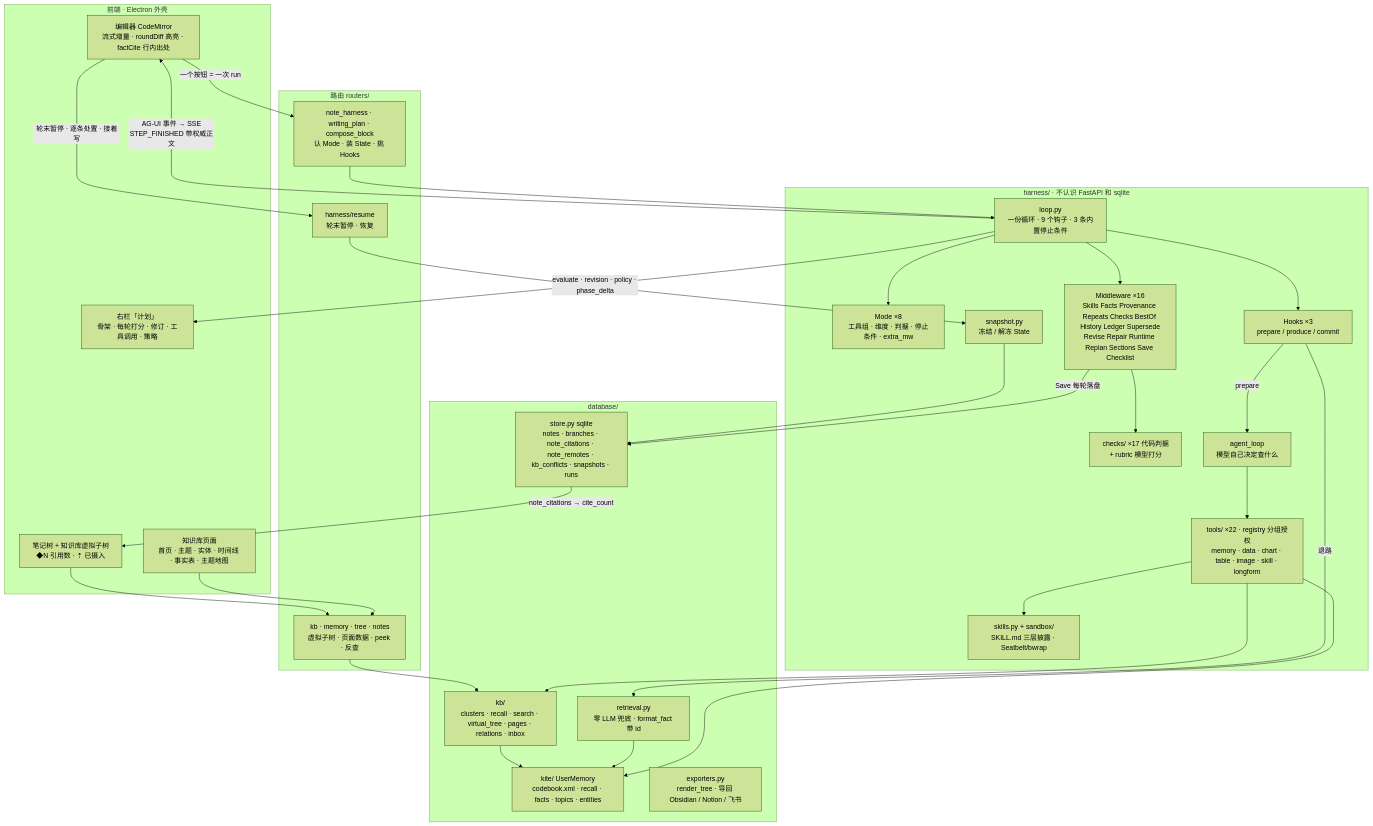
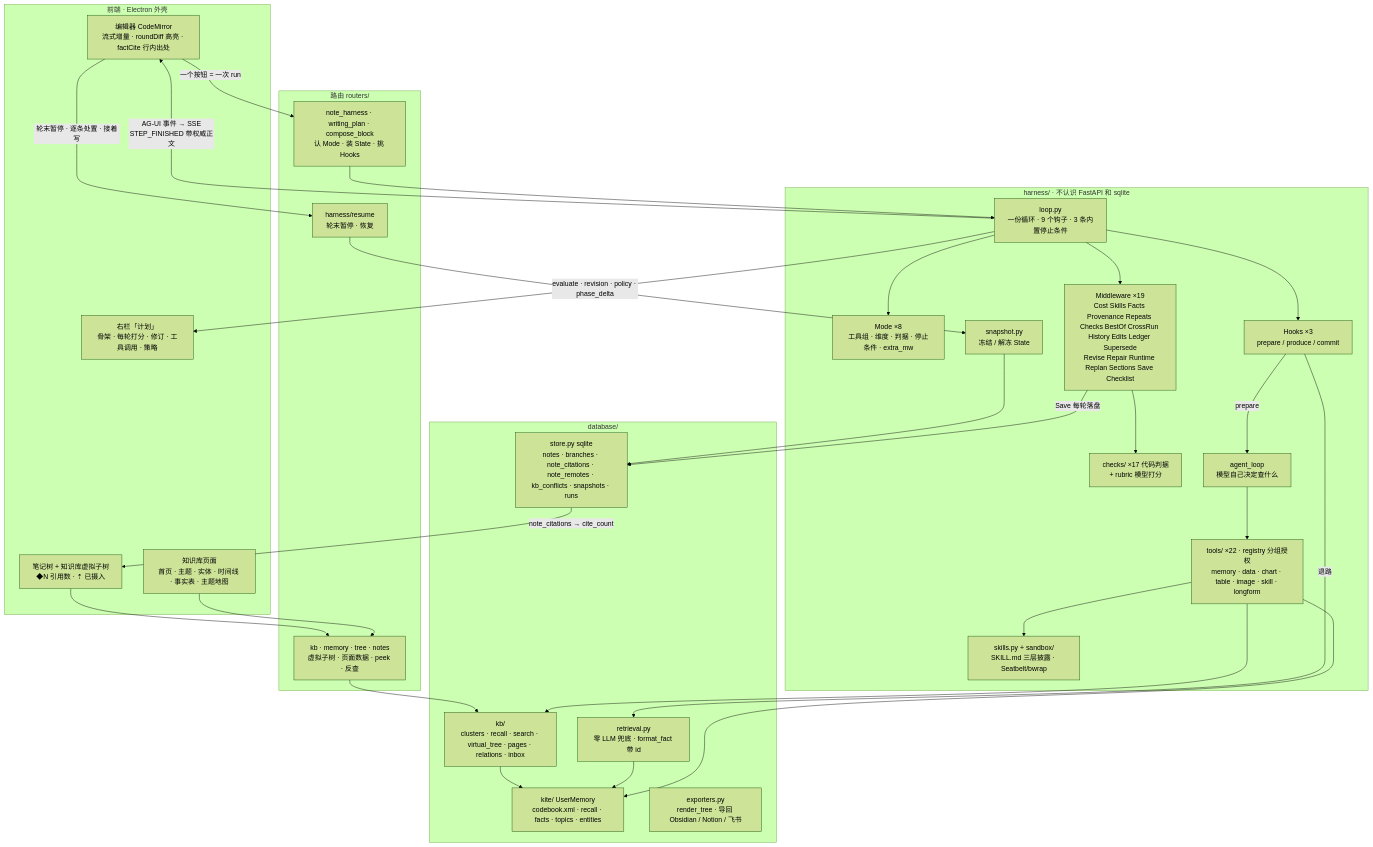
One commit to huilongbaba/MEMOKET_NOTE changed the diagram in docs/harness-framework.md. Above: the diagram before and after it, drawn with Mermaid (forest theme). The commit also changed other lines of this file and 27 other files, not shown here.

````diff
--- a/docs/harness-framework.md
+++ b/docs/harness-framework.md
@@ -41,60 +41,60 @@
 ```mermaid
 flowchart TB
   subgraph UI["前端 · Electron 外壳"]
     ED["编辑器 CodeMirror<br/>流式增量 · roundDiff 高亮 · factCite 行内出处"]
     PLAN["右栏「计划」<br/>骨架 · 每轮打分 · 修订 · 工具调用 · 策略"]
     TREE["笔记树 + 知识库虚拟子树<br/>◆N 引用数 · ⇡ 已摄入"]
     KBP["知识库页面<br/>首页 · 主题 · 实体 · 时间线 · 事实表 · 主题地图"]
   end
 
   subgraph API["路由 routers/"]
     NH["note_harness · writing_plan · compose_block<br/>认 Mode · 装 State · 挑 Hooks"]
     RS["harness/resume<br/>轮末暂停 · 恢复"]
     KBR["kb · memory · tree · notes<br/>虚拟子树 · 页面数据 · peek · 反查"]
   end
 
   subgraph H["harness/ · 不认识 FastAPI 和 sqlite"]
     LOOP["loop.py<br/>一份循环 · 9 个钩子 · 3 条内置停止条件"]
     MODE["Mode ×8<br/>工具组 · 维度 · 判据 · 停止条件 · extra_mw"]
     HOOKS["Hooks ×3<br/>prepare / produce / commit"]
-    MW["Middleware ×16<br/>Skills Facts Provenance Repeats Checks BestOf History Ledger Supersede<br/>Revise Repair Runtime Replan Sections Save Checklist"]
+    MW["Middleware ×19<br/>Cost Skills Facts Provenance Repeats Checks BestOf CrossRun History Edits Ledger Supersede<br/>Revise Repair Runtime Replan Sections Save Checklist"]
     CHK["checks/ ×17 代码判据<br/>+ rubric 模型打分"]
     TOOLS["tools/ ×22 · registry 分组授权<br/>memory · data · chart · table · image · skill · longform"]
     AL["agent_loop<br/>模型自己决定查什么"]
     SK["skills.py + sandbox/<br/>SKILL.md 三层披露 · Seatbelt/bwrap"]
     SNAP["snapshot.py<br/>冻结 / 解冻 State"]
   end
 
   subgraph DB["database/"]
     STORE["store.py sqlite<br/>notes · branches · note_citations · note_remotes · kb_conflicts · snapshots · runs"]
     KITE["kite/ UserMemory<br/>codebook.xml · recall · facts · topics · entities"]
     KB["kb/<br/>clusters · recall · search · virtual_tree · pages · relations · inbox"]
     EXP["exporters.py<br/>render_tree · 导回 Obsidian / Notion / 飞书"]
     RET["retrieval.py<br/>零 LLM 兜底 · format_fact 带 id"]
   end
 
   ED -- "一个按钮 = 一次 run" --> NH
   NH --> LOOP
   LOOP --> MODE
   LOOP --> HOOKS
   LOOP --> MW
   MW --> CHK
   HOOKS -- prepare --> AL
   AL --> TOOLS
   TOOLS --> KITE
   TOOLS --> KB
   TOOLS --> SK
   HOOKS -- 退路 --> RET
   RET --> KITE
   MW -- Save 每轮落盘 --> STORE
   SNAP --> STORE
   RS --> SNAP
   LOOP -- "AG-UI 事件 → SSE<br/>STEP_FINISHED 带权威正文" --> ED
   LOOP -- "evaluate · revision · policy · phase_delta" --> PLAN
   STORE -- "note_citations → cite_count" --> TREE
   KBR --> KB
   KB --> KITE
   KBP --> KBR
   TREE --> KBR
   ED -- "轮末暂停 · 逐条处置 · 接着写" --> RS
 ```
````
